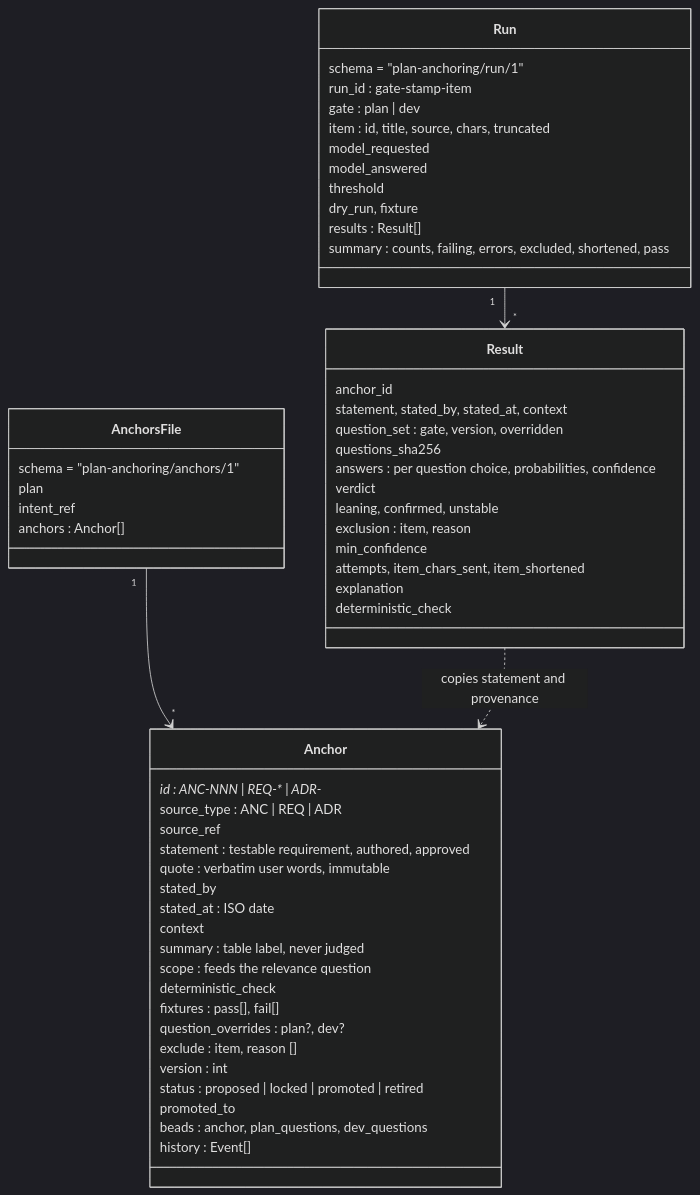
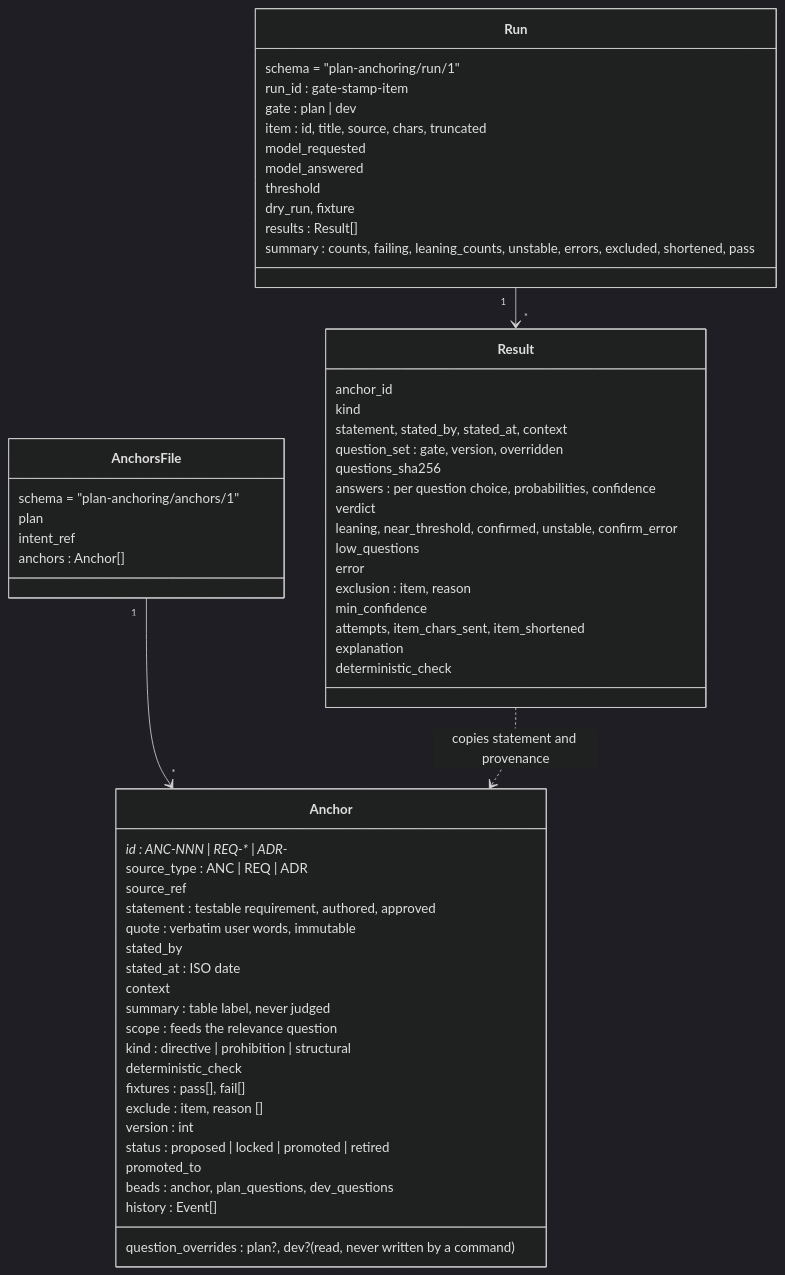
The second of 6 diagrams in docs/design/data-model-and-gating.md (randlee/plan-anchor), drawn with Mermaid (dark theme) before and after one commit. The commit also changed other lines of this file and 4 other files, not shown here.

````diff
--- a/docs/design/data-model-and-gating.md
+++ b/docs/design/data-model-and-gating.md
@@ -43,59 +43,63 @@
 ```mermaid
 classDiagram
     class AnchorsFile {
         schema = "plan-anchoring/anchors/1"
         plan
         intent_ref
         anchors : Anchor[]
     }
     class Anchor {
         id : ANC-NNN | REQ-* | ADR-*
         source_type : ANC | REQ | ADR
         source_ref
         statement : testable requirement, authored, approved
         quote : verbatim user words, immutable
         stated_by
         stated_at : ISO date
         context
         summary : table label, never judged
         scope : feeds the relevance question
+        kind : directive | prohibition | structural
         deterministic_check
         fixtures : pass[], fail[]
-        question_overrides : plan?, dev?
+        question_overrides : plan?, dev? (read, never written by a command)
         exclude : item, reason []
         version : int
         status : proposed | locked | promoted | retired
         promoted_to
         beads : anchor, plan_questions, dev_questions
         history : Event[]
     }
     class Run {
         schema = "plan-anchoring/run/1"
         run_id : gate-stamp-item
         gate : plan | dev
         item : id, title, source, chars, truncated
         model_requested
         model_answered
         threshold
         dry_run, fixture
         results : Result[]
-        summary : counts, failing, errors, excluded, shortened, pass
+        summary : counts, failing, leaning_counts, unstable, errors, excluded, shortened, pass
     }
     class Result {
         anchor_id
+        kind
         statement, stated_by, stated_at, context
         question_set : gate, version, overridden
         questions_sha256
         answers : per question choice, probabilities, confidence
         verdict
-        leaning, confirmed, unstable
+        leaning, near_threshold, confirmed, unstable, confirm_error
+        low_questions
+        error
         exclusion : item, reason
         min_confidence
         attempts, item_chars_sent, item_shortened
         explanation
         deterministic_check
     }
     AnchorsFile "1" --> "*" Anchor
     Run "1" --> "*" Result
     Result ..> Anchor : copies statement and provenance
 ```
````
